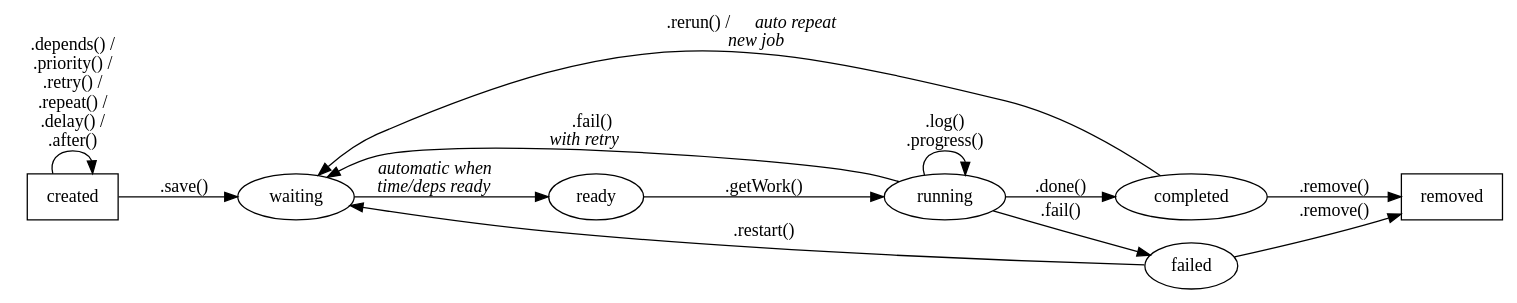
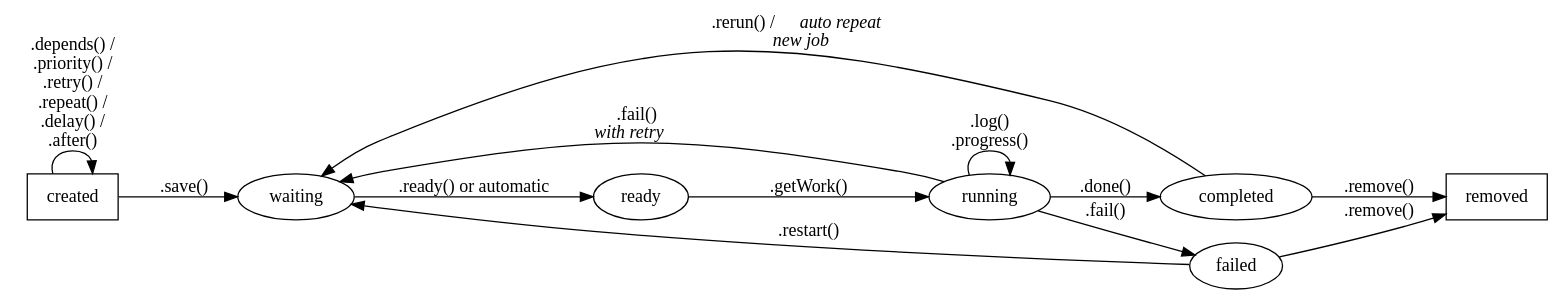
The diagram in doc/normal-states.dot (vsivsi/meteor-job), drawn with Graphviz before and after one commit. The commit also changed 3 other files, not shown here.

Commit message:
Update graphviz graphs for .ready()

```diff
--- a/doc/normal-states.dot
+++ b/doc/normal-states.dot
@@ -1,24 +1,24 @@
 digraph jobStatus {
 
   graph [splines="spline" mclimit=20.0 ratio=auto rankdir=LR]
 
   created [shape=box];
   waiting;
   ready;
   running;
   completed;
   failed;
   removed [shape=box];
   created -> waiting [label=".save()" weight=100.0];
-  waiting -> ready [label=<<I>automatic when<br/>time/deps ready</I>> weight=100.0];
+  waiting -> ready [label=".ready() or automatic" weight=100.0];
   ready -> running [label=".getWork()" weight=100.0];
   running -> completed [label=".done()" weight=100.0];
   running -> failed [label=".fail()"];
   running -> waiting [label=<.fail()<BR/><I>with retry</I>>];
   completed -> removed [label=".remove()" weight=100.0];
   failed -> removed [label=".remove()"];
   completed -> waiting [label=<.rerun() / <I>auto repeat</I><BR/><I>new job</I>>];
   failed -> waiting [label=".restart()"];
   created -> created [label=".depends() /\n.priority() /\n.retry() /\n.repeat() /\n.delay() /\n.after()"];
   running -> running [label=".log()\n.progress()"];
 }
```
